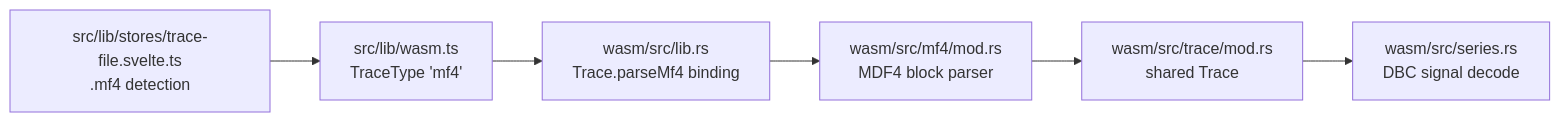
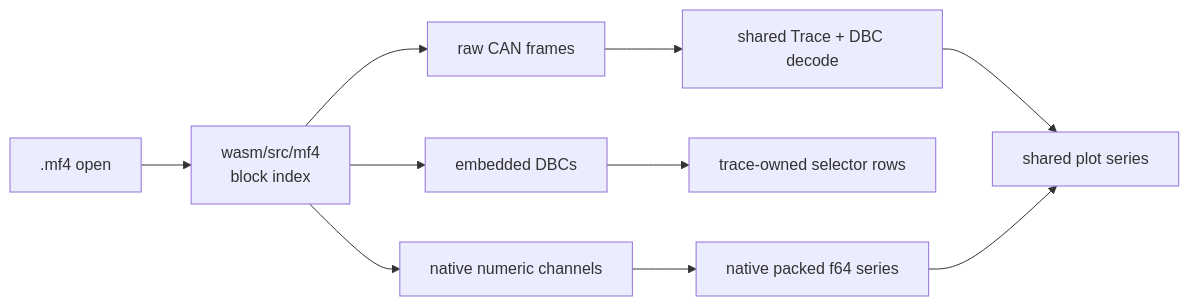
One commit to tomrford/cantraceviewer changed the second of 2 diagrams in docs/mf4-file-format.md. Above: the diagram before and after it, drawn with Mermaid. The commit also changed other lines of this file and 36 other files, not shown here.

````diff
--- a/docs/mf4-file-format.md
+++ b/docs/mf4-file-format.md
@@ -148,8 +150,12 @@
 ```mermaid
 flowchart LR
-    A["src/lib/stores/trace-file.svelte.ts<br/>.mf4 detection"] --> B["src/lib/wasm.ts<br/>TraceType 'mf4'"]
-    B --> C["wasm/src/lib.rs<br/>Trace.parseMf4 binding"]
-    C --> D["wasm/src/mf4/mod.rs<br/>MDF4 block parser"]
-    D --> E["wasm/src/trace/mod.rs<br/>shared Trace"]
-    E --> F["wasm/src/series.rs<br/>DBC signal decode"]
+    A[".mf4 open"] --> B["wasm/src/mf4<br/>block index"]
+    B --> C["raw CAN frames"]
+    B --> D["embedded DBCs"]
+    B --> E["native numeric channels"]
+    C --> F["shared Trace + DBC decode"]
+    D --> G["trace-owned selector rows"]
+    E --> H["native packed f64 series"]
+    F --> I["shared plot series"]
+    H --> I
 ```
````
